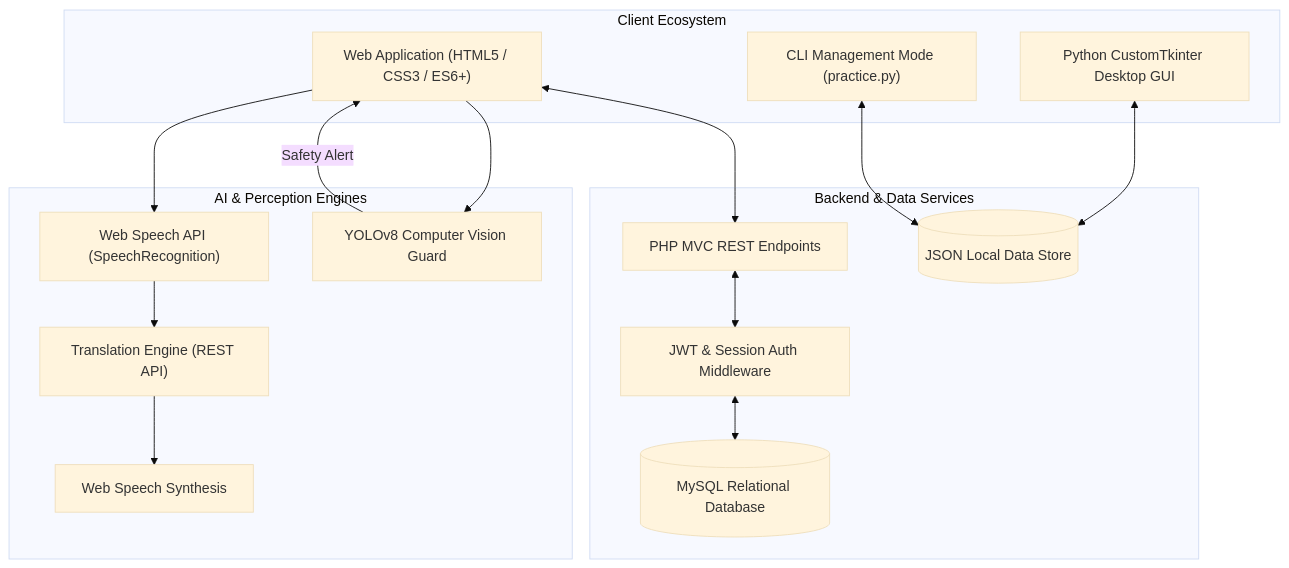
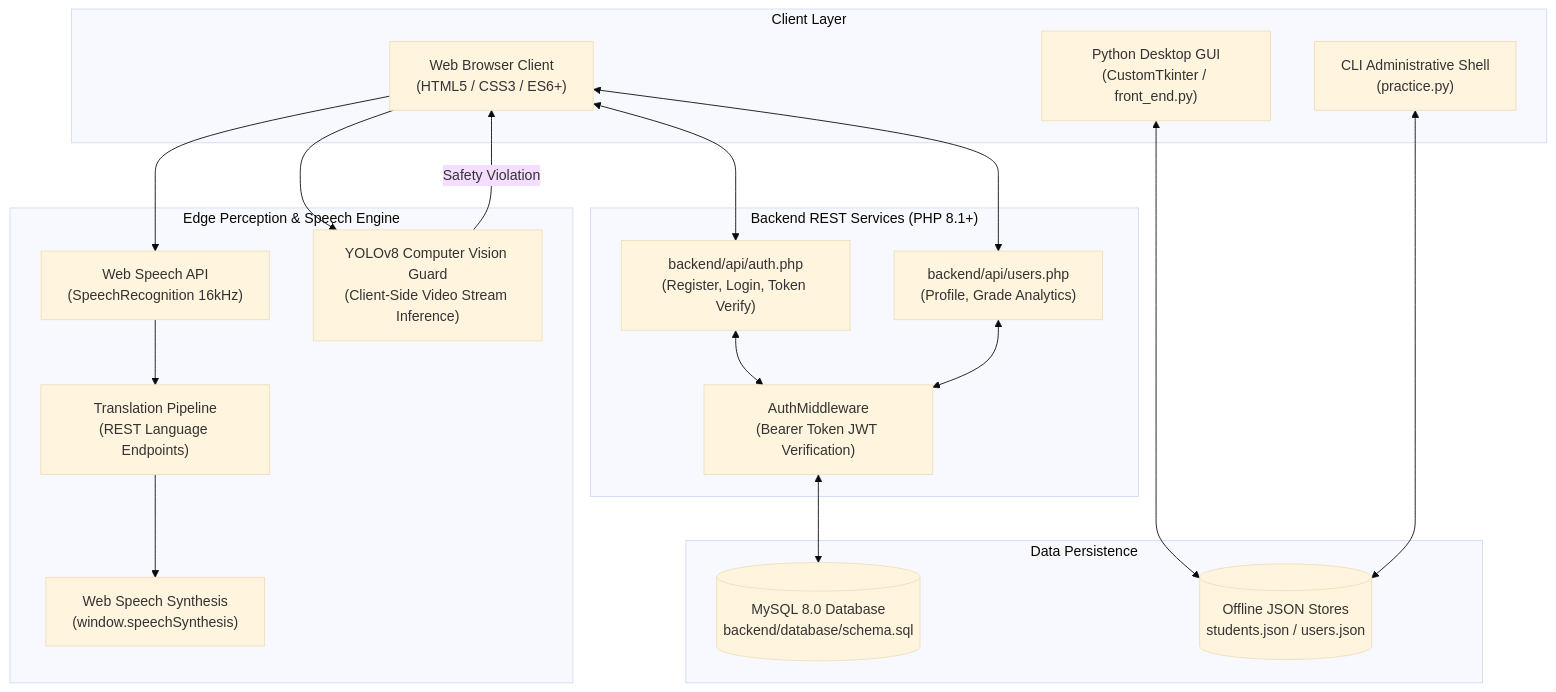
One commit to Hitesh070/Advance-Online-Learning-System changed the first of 2 diagrams in README.md. Above: the diagram before and after it, drawn with Mermaid (base theme). The commit also changed other lines of this file, not shown here.

````diff
--- a/README.md
+++ b/README.md
@@ -58,35 +105,41 @@
 ```mermaid
 flowchart TD
-    subgraph Client ["Client Ecosystem"]
-        WebUI["Web Application (HTML5 / CSS3 / ES6+)"]
-        PyDesktop["Python CustomTkinter Desktop GUI"]
-        CLI["CLI Management Mode (practice.py)"]
+    subgraph ClientLayer ["Client Layer"]
+        WebClient["Web Browser Client\n(HTML5 / CSS3 / ES6+)"]
+        PyDesktop["Python Desktop GUI\n(CustomTkinter / front_end.py)"]
+        PyCLI["CLI Administrative Shell\n(practice.py)"]
     end
 
-    subgraph AudioVision ["AI & Perception Engines"]
-        SpeechIn["Web Speech API (SpeechRecognition)"]
-        Translate["Translation Engine (REST API)"]
-        SpeechOut["Web Speech Synthesis"]
-        YOLO["YOLOv8 Computer Vision Guard"]
+    subgraph PerceptionLayer ["Edge Perception & Speech Engine"]
+        SpeechRec["Web Speech API\n(SpeechRecognition 16kHz)"]
+        TransEngine["Translation Pipeline\n(REST Language Endpoints)"]
+        SpeechSynth["Web Speech Synthesis\n(window.speechSynthesis)"]
+        YOLO["YOLOv8 Computer Vision Guard\n(Client-Side Video Stream Inference)"]
     end
 
-    subgraph Backend ["Backend & Data Services"]
-        Router["PHP MVC REST Endpoints"]
-        AuthMid["JWT & Session Auth Middleware"]
-        MySQL[(MySQL Relational Database)]
-        LocalStore[(JSON Local Data Store)]
+    subgraph ServiceLayer ["Backend REST Services (PHP 8.1+)"]
+        AuthAPI["backend/api/auth.php\n(Register, Login, Token Verify)"]
+        UserAPI["backend/api/users.php\n(Profile, Grade Analytics)"]
+        JWTMiddleware["AuthMiddleware\n(Bearer Token JWT Verification)"]
     end
 
-    WebUI --> SpeechIn
-    SpeechIn --> Translate
-    Translate --> SpeechOut
-    WebUI --> YOLO
-    YOLO -- "Safety Alert" --> WebUI
+    subgraph PersistenceLayer ["Data Persistence"]
+        MySQL[(MySQL 8.0 Database\nbackend/database/schema.sql)]
+        LocalStore[(Offline JSON Stores\nstudents.json / users.json)]
+    end
 
-    WebUI <--> Router
-    Router <--> AuthMid
-    AuthMid <--> MySQL
+    WebClient --> SpeechRec
+    SpeechRec --> TransEngine
+    TransEngine --> SpeechSynth
+    WebClient --> YOLO
+    YOLO -- "Safety Violation" --> WebClient
+
+    WebClient <--> AuthAPI
+    WebClient <--> UserAPI
+    AuthAPI <--> JWTMiddleware
+    UserAPI <--> JWTMiddleware
+    JWTMiddleware <--> MySQL
 
     PyDesktop <--> LocalStore
-    CLI <--> LocalStore
+    PyCLI <--> LocalStore
 ```
````
